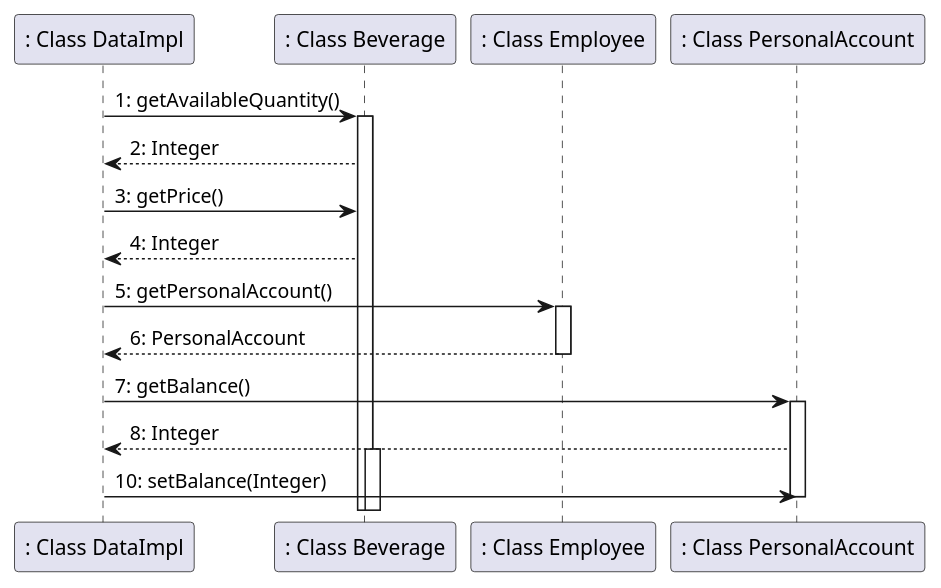
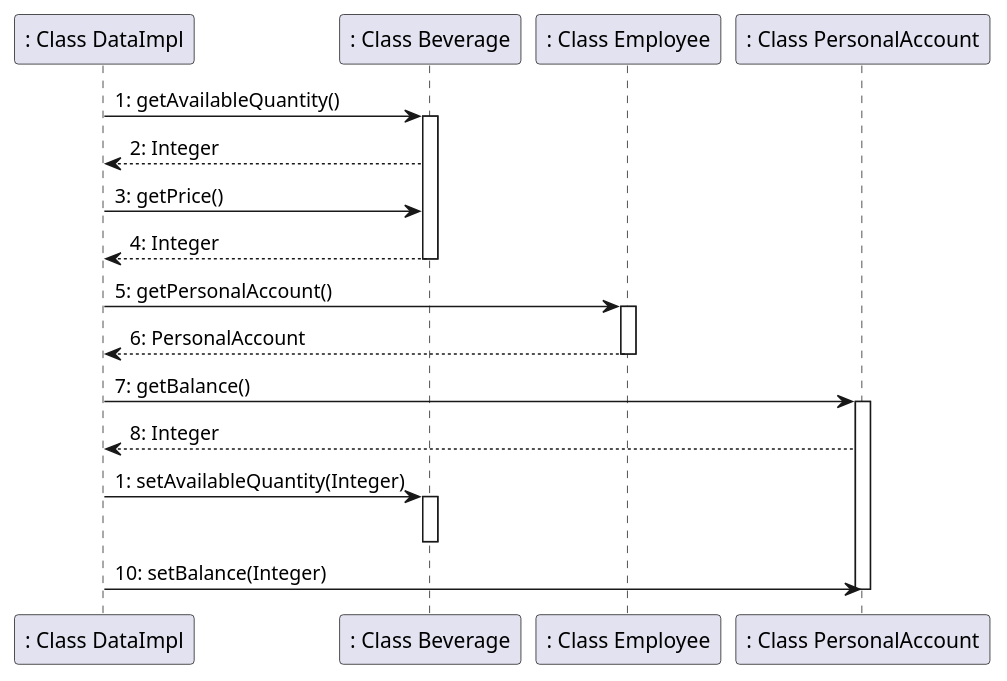
One commit to salvatore-dimartino/LaTazza changed the sixth of 7 diagrams in templates/DesignDocumentTemplate.md. Above: the diagram before and after it, drawn with PlantUML. The commit also changed other lines of this file, not shown here.

````diff
--- a/templates/DesignDocumentTemplate.md
+++ b/templates/DesignDocumentTemplate.md
@@ -445,17 +445,20 @@
 ```plantuml
 ": Class DataImpl" -> ": Class Beverage": 1: getAvailableQuantity()
 activate ": Class Beverage"
 ": Class Beverage" --> ": Class DataImpl": 2: Integer
 ": Class DataImpl" -> ": Class Beverage": 3: getPrice()
 ": Class Beverage" --> ": Class DataImpl": 4: Integer
+deactivate ": Class Beverage"
 ": Class DataImpl" -> ": Class Employee": 5: getPersonalAccount()
 activate ": Class Employee"
 ": Class Employee" --> ": Class DataImpl": 6: PersonalAccount
 deactivate ": Class Employee"
 ": Class DataImpl" -> ": Class PersonalAccount": 7: getBalance()
 activate ": Class PersonalAccount"
 ": Class PersonalAccount" --> ": Class DataImpl": 8: Integer
+": Class DataImpl" -> ": Class Beverage": 1: setAvailableQuantity(Integer)
 activate ": Class Beverage"
+deactivate ": Class Beverage"
 ": Class DataImpl" -> ": Class PersonalAccount": 10: setBalance(Integer)
 deactivate ": Class PersonalAccount"
 ```
````
